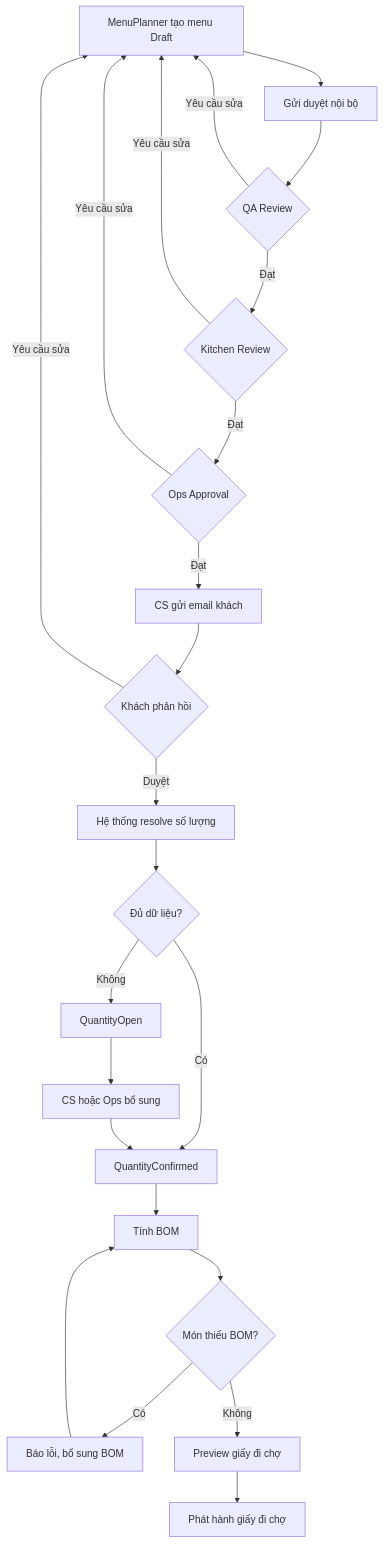
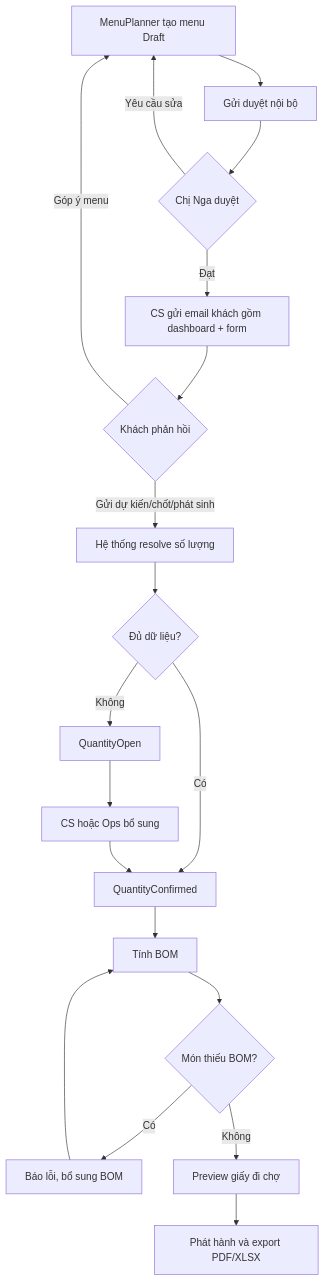
The fourth of 8 diagrams in docs/02-Academic-Report.md (quanptatb/OmniBizAI), drawn with Mermaid before and after one commit. The commit also changed other lines of this file and 7 other files, not shown here.

````diff
--- a/docs/02-Academic-Report.md
+++ b/docs/02-Academic-Report.md
@@ -392,25 +418,21 @@
 ```mermaid
 flowchart TD
     A["MenuPlanner tạo menu Draft"] --> B["Gửi duyệt nội bộ"]
-    B --> C{"QA Review"}
-    C -->|"Đạt"| D{"Kitchen Review"}
+    B --> C{"Chị Nga duyệt"}
+    C -->|"Đạt"| D["CS gửi email khách gồm dashboard + form"]
     C -->|"Yêu cầu sửa"| A
-    D -->|"Đạt"| E{"Ops Approval"}
-    D -->|"Yêu cầu sửa"| A
-    E -->|"Đạt"| F["CS gửi email khách"]
-    E -->|"Yêu cầu sửa"| A
-    F --> G{"Khách phản hồi"}
-    G -->|"Duyệt"| H["Hệ thống resolve số lượng"]
-    G -->|"Yêu cầu sửa"| A
+    D --> F{"Khách phản hồi"}
+    F -->|"Góp ý menu"| A
+    F -->|"Gửi dự kiến/chốt/phát sinh"| H["Hệ thống resolve số lượng"]
     H --> I{"Đủ dữ liệu?"}
     I -->|"Có"| J["QuantityConfirmed"]
     I -->|"Không"| K["QuantityOpen"]
     K --> L["CS hoặc Ops bổ sung"]
     L --> J
     J --> M["Tính BOM"]
     M --> N{"Món thiếu BOM?"}
     N -->|"Có"| O["Báo lỗi, bổ sung BOM"]
     O --> M
     N -->|"Không"| P["Preview giấy đi chợ"]
-    P --> Q["Phát hành giấy đi chợ"]
+    P --> Q["Phát hành và export PDF/XLSX"]
 ```
````
